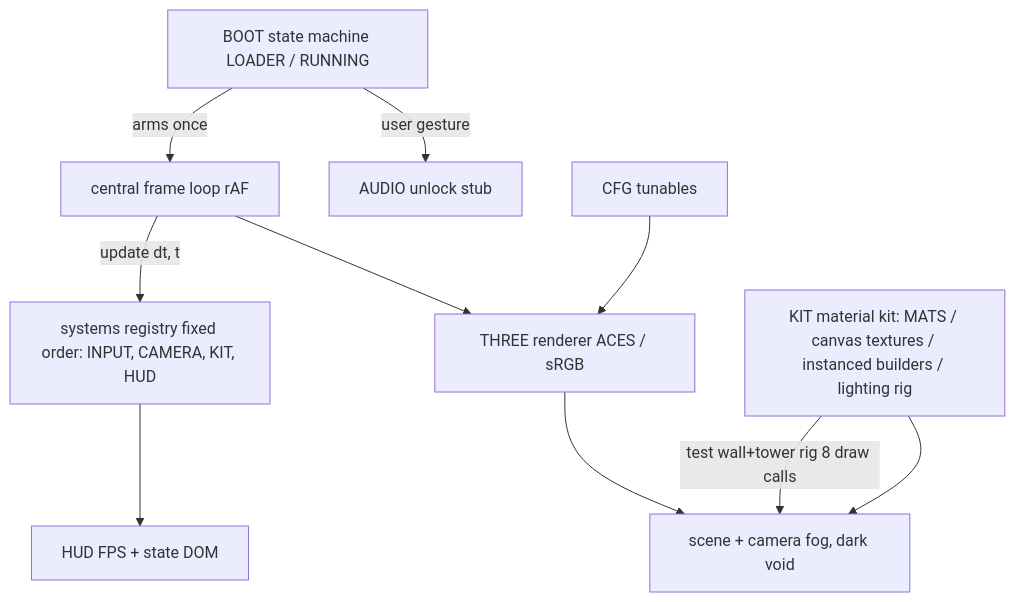
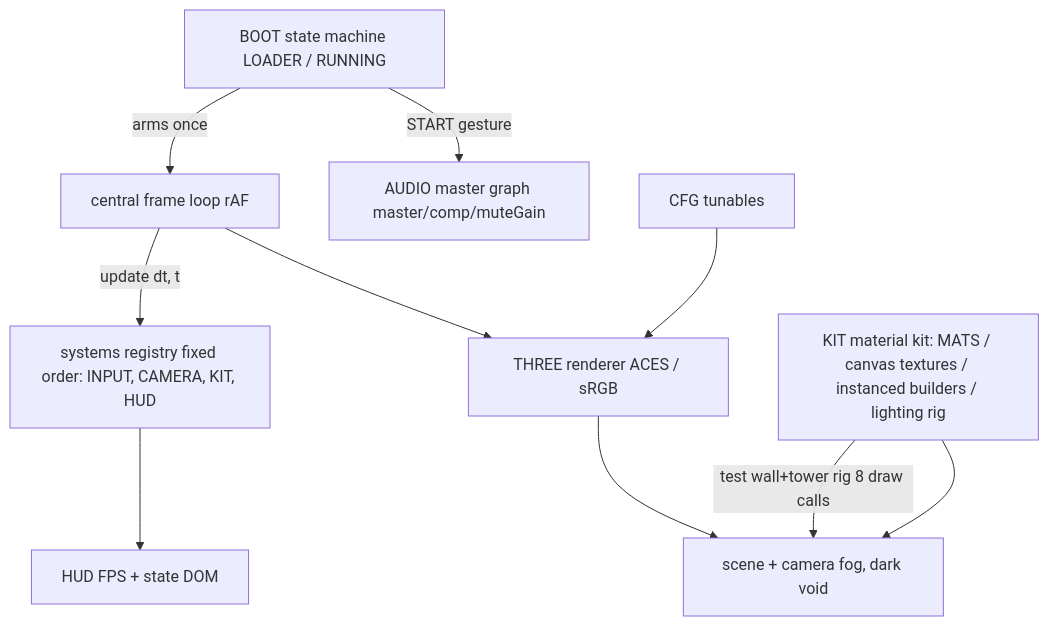
One commit to dilled/3dVoxelDemo changed the diagram in brain/architecture.md. Above: the diagram before and after it, drawn with Mermaid. The commit also changed other lines of this file, not shown here.

````diff
--- a/brain/architecture.md
+++ b/brain/architecture.md
@@ -14,12 +14,12 @@
 ```mermaid
 graph TD
   CFG[CFG tunables] --> R
-  BOOT[BOOT state machine LOADER / RUNNING] -->|user gesture| AUDIO[AUDIO unlock stub]
+  BOOT[BOOT state machine LOADER / RUNNING] -->|START gesture| AUDIO[AUDIO master graph master/comp/muteGain]
   BOOT -->|arms once| LOOP[central frame loop rAF]
   LOOP -->|update dt, t| REG[systems registry fixed order: INPUT, CAMERA, KIT, HUD]
   REG --> HUD[HUD FPS + state DOM]
   KIT[KIT material kit: MATS / canvas textures / instanced builders / lighting rig] --> SC
   KIT -->|test wall+tower rig 8 draw calls| SC
   LOOP --> R[THREE renderer ACES / sRGB]
   R --> SC[scene + camera fog, dark void]
 ```
````
